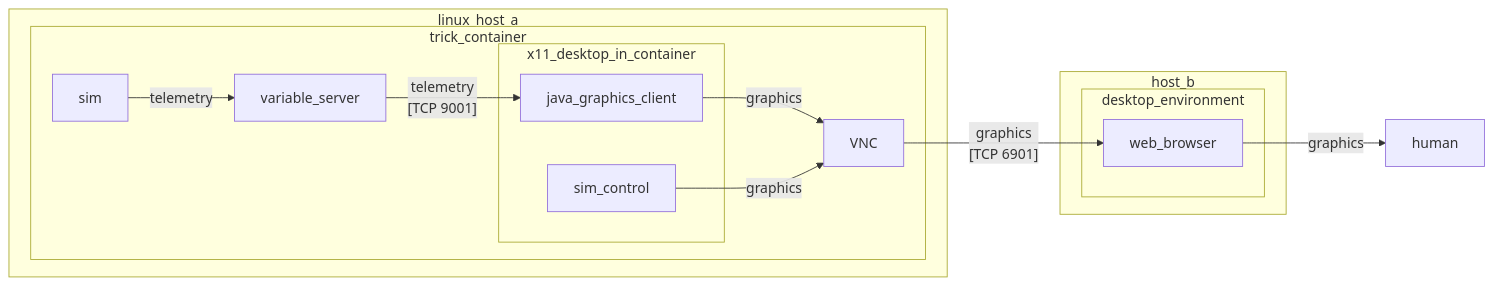
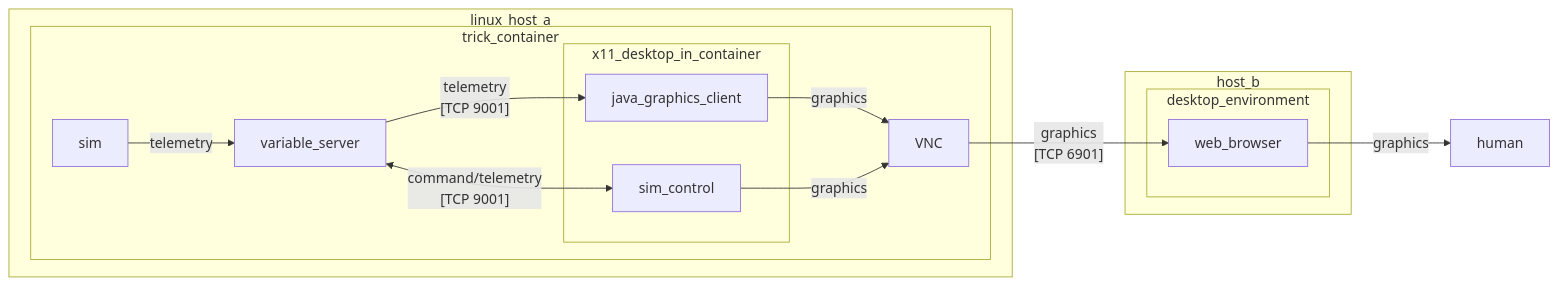
The fourth of 7 diagrams in docs/howto_guides/How-To-Containerize-Trick-with-Docker.md (cazlo/trick), drawn with Mermaid before and after one commit. The commit also changed other lines of this file and 12 other files, not shown here.

````diff
--- a/docs/howto_guides/How-To-Containerize-Trick-with-Docker.md
+++ b/docs/howto_guides/How-To-Containerize-Trick-with-Docker.md
@@ -295,35 +404,36 @@
 ```mermaid
 
 flowchart LR
     human
     subgraph linux_host_a
        
         subgraph trick_container 
             variable_server
             sim
 
             subgraph x11_desktop_in_container
                 java_graphics_client
                 sim_control
             end
             
             VNC
         end
     end
 
     subgraph host_b
 
         subgraph desktop_environment
             web_browser
         end
     end
     
     java_graphics_client -- graphics --> VNC
     sim_control -- graphics --> VNC
     VNC -- graphics\n[TCP 6901] --> web_browser
     web_browser -- graphics --> human
     
     variable_server -- telemetry\n[TCP 9001] --> java_graphics_client
+    variable_server <-- command/telemetry\n[TCP 9001] --> sim_control
     sim -- telemetry --> variable_server
 
 ```
````
